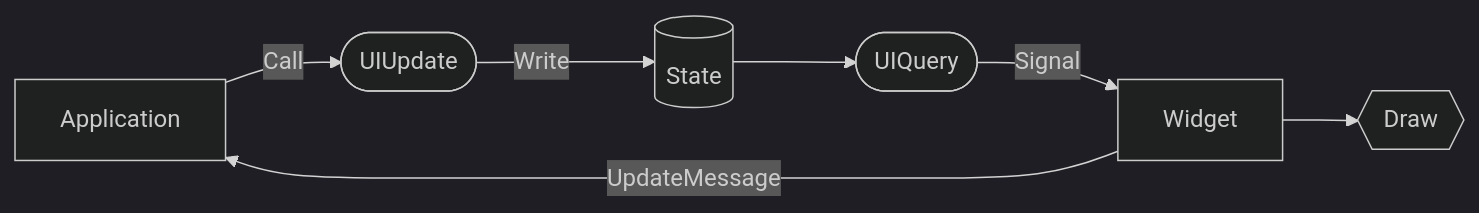
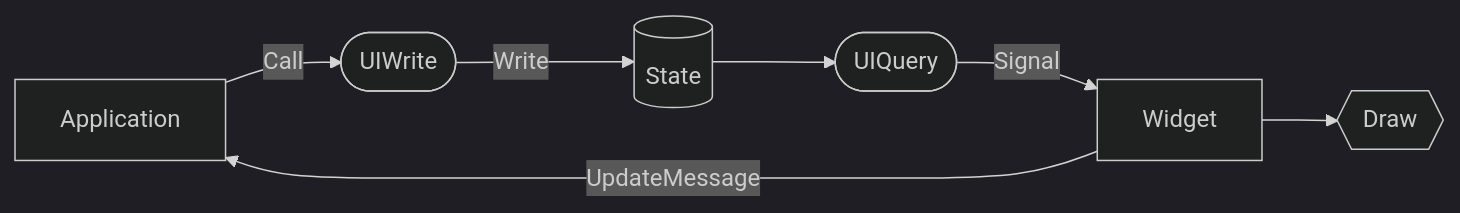
One commit to iced-rs/rfcs changed the first of 2 diagrams in text/0000-shared-widget-state.md. Above: the diagram before and after it, drawn with Mermaid (dark theme). The commit also changed other lines of this file, not shown here.

````diff
--- a/text/0000-shared-widget-state.md
+++ b/text/0000-shared-widget-state.md
@@ -42,9 +42,9 @@
 ```mermaid
   graph LR;
-    Application--Call-->UIUpdate;
-    UIUpdate([UIUpdate])--Write-->State[(State)];
+    Application--Call-->UIWrite;
+    UIWrite([UIWrite])--Write-->State[(State)];
     UIQuery([UIQuery])--Signal-->Widget
     Widget-->Draw{{Draw}} 
     Widget--UpdateMessage-->Application;
     State-->UIQuery;
 ```
````
